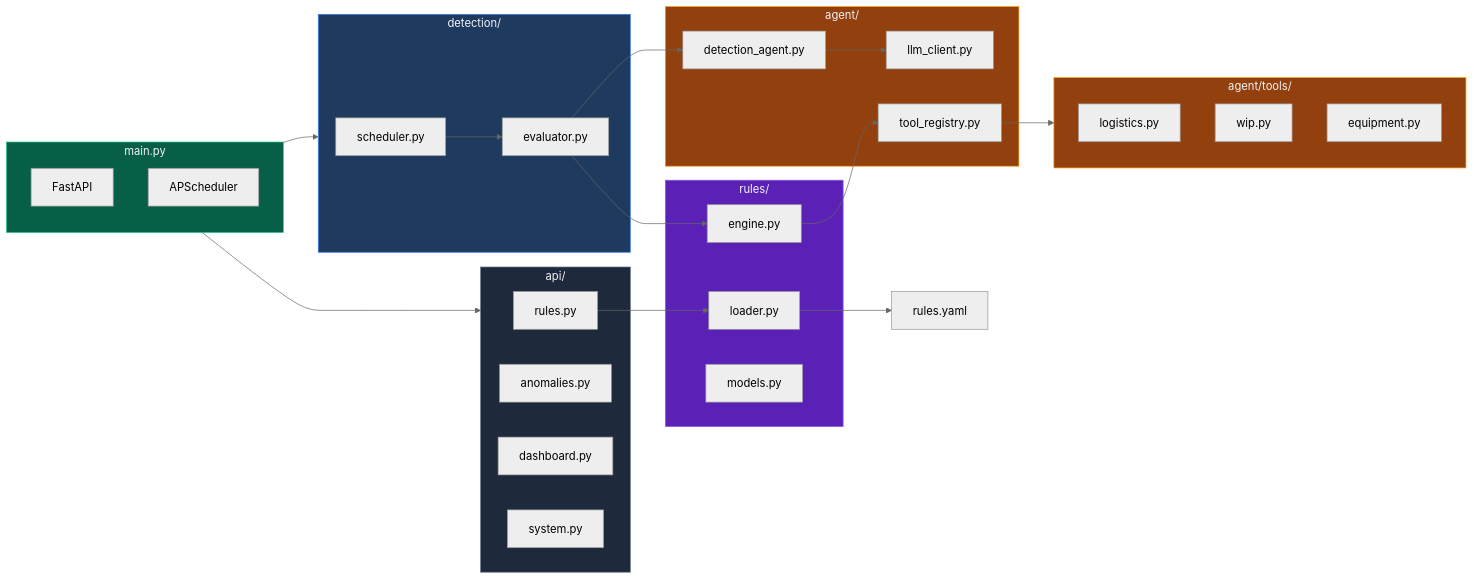
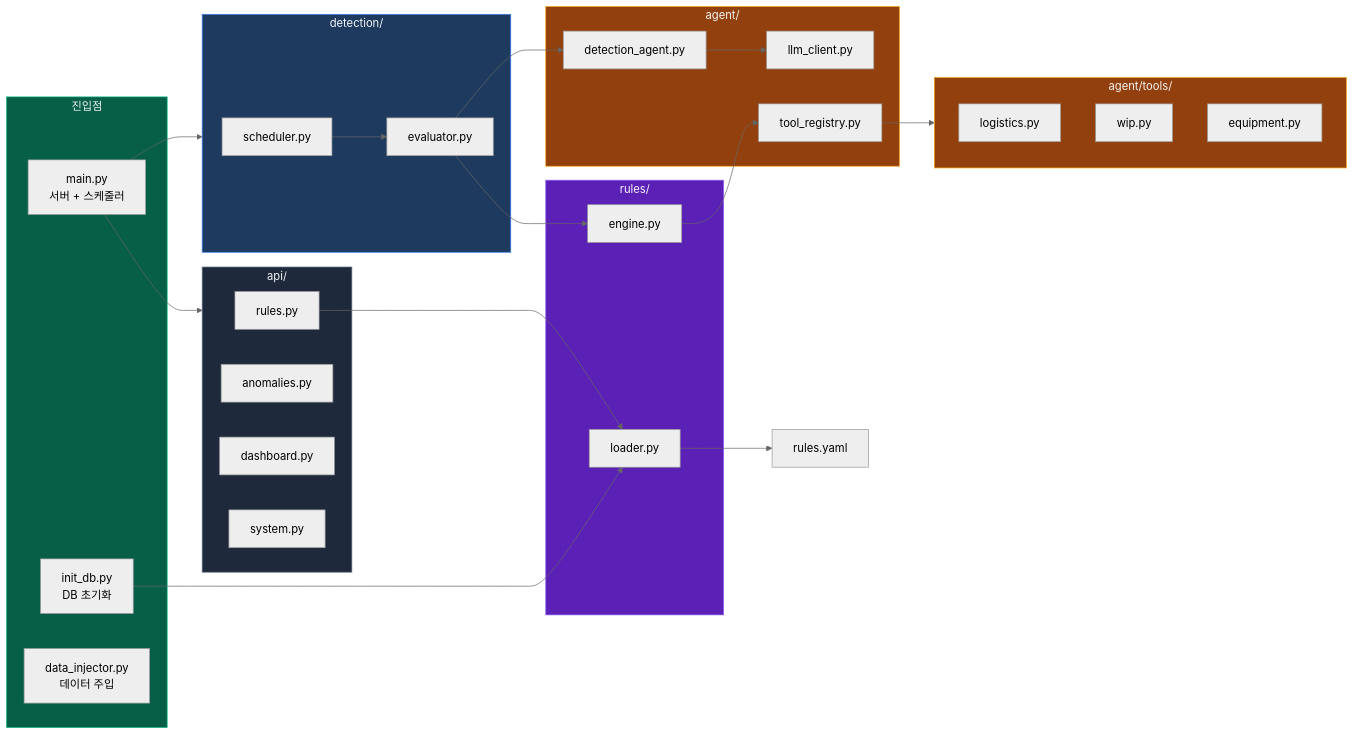
Before and after one commit to donchoru/fab-anomaly-detection: the fifth of 8 diagrams in README.md, drawn with Mermaid (neutral theme). The commit also changed other lines of this file, not shown here.

````diff
--- a/README.md
+++ b/README.md
@@ -273,53 +315,54 @@
 ```mermaid
 graph LR
-    subgraph main["main.py"]
-        FastAPI
-        APScheduler
+    subgraph entry["진입점"]
+        init_db["init_db.py<br/>DB 초기화"]
+        main["main.py<br/>서버 + 스케줄러"]
+        injector["data_injector.py<br/>데이터 주입"]
     end
 
     subgraph detection["detection/"]
         scheduler.py --> evaluator.py
     end
 
     subgraph rules["rules/"]
         engine.py
         loader.py
-        models.py
     end
 
     subgraph agent["agent/"]
         detection_agent.py
         llm_client.py
         tool_registry.py
     end
 
     subgraph tools["agent/tools/"]
         logistics.py
         wip.py
         equipment.py
     end
 
     subgraph api["api/"]
         api_rules["rules.py"]
         anomalies.py
         dashboard.py
         system.py
     end
 
     main --> detection
     main --> api
     evaluator.py --> engine.py
     evaluator.py --> detection_agent.py
     engine.py --> tool_registry.py
     tool_registry.py --> tools
     detection_agent.py --> llm_client.py
     api_rules --> loader.py
-    loader.py --> rules.yaml["rules.yaml"]
+    loader.py --> rules_yaml["rules.yaml"]
+    init_db --> loader.py
 
-    style main fill:#065f46,stroke:#10b981,color:#f3f4f6
+    style entry fill:#065f46,stroke:#10b981,color:#f3f4f6
     style detection fill:#1e3a5f,stroke:#3b82f6,color:#f3f4f6
     style rules fill:#5b21b6,stroke:#8b5cf6,color:#f3f4f6
     style agent fill:#92400e,stroke:#f59e0b,color:#f3f4f6
     style tools fill:#92400e,stroke:#f59e0b,color:#f3f4f6
     style api fill:#1e293b,stroke:#64748b,color:#f3f4f6
 ```
````
